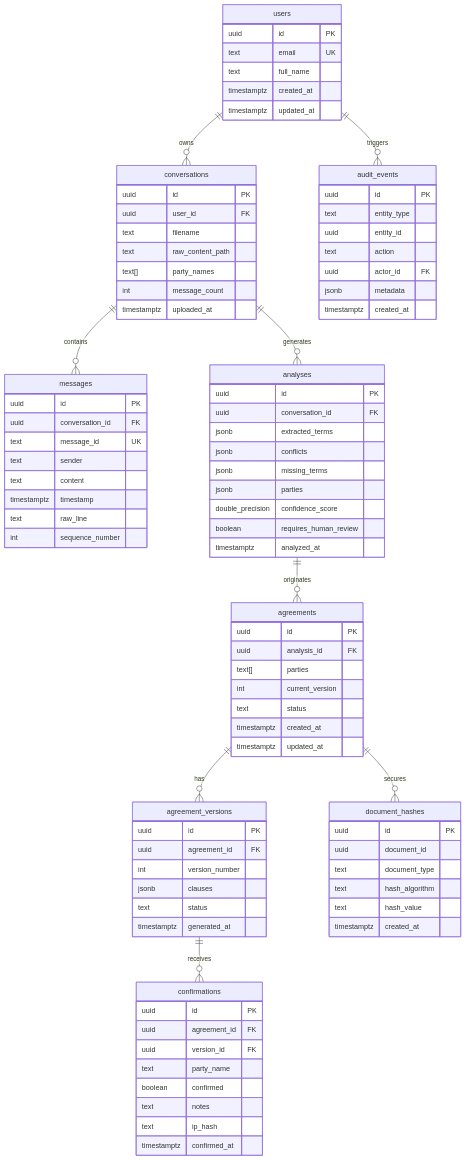
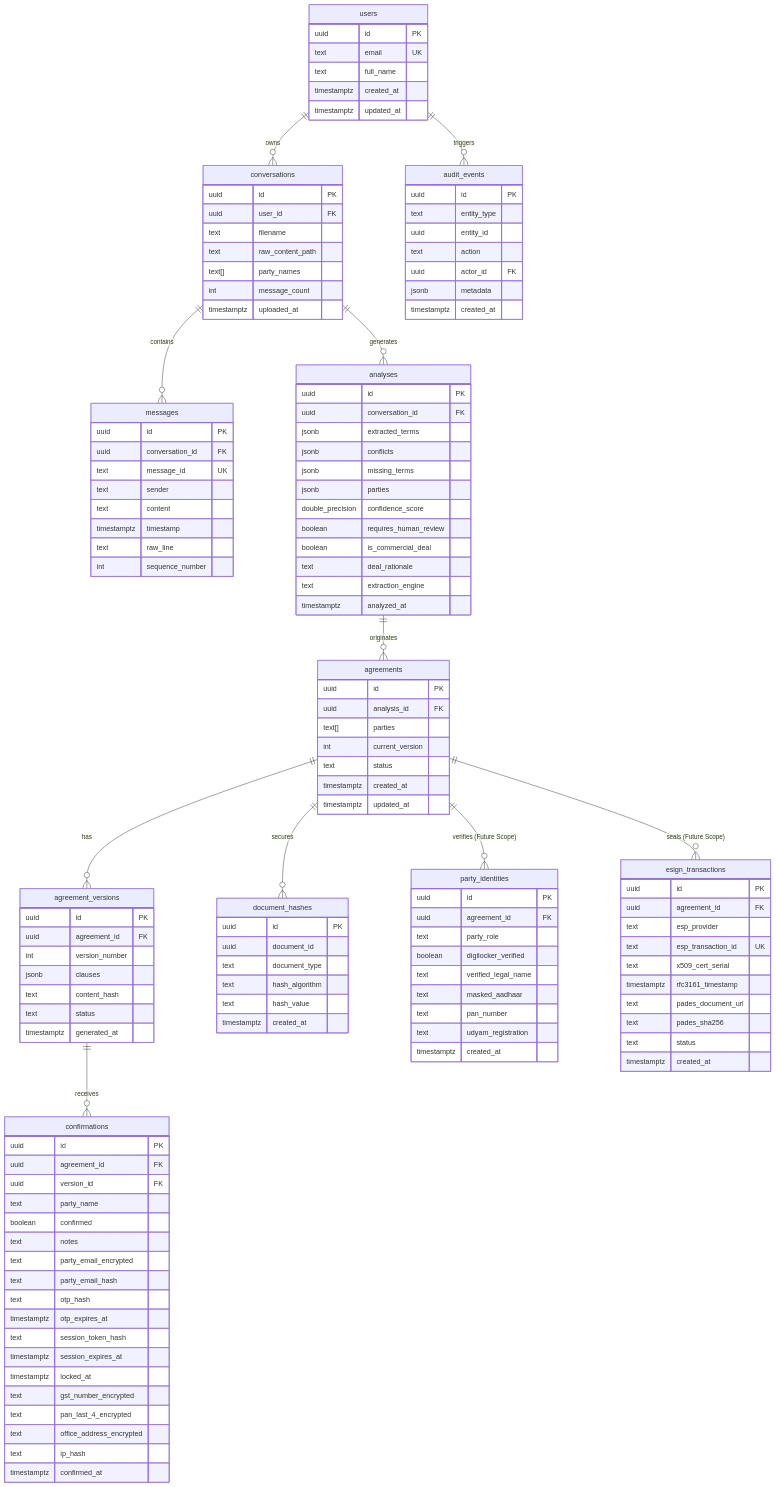
Before and after one commit to kiranshetty1315/dealshield: the diagram in docs/database-design.md, drawn with Mermaid. The commit also changed other lines of this file and 15 other files, not shown here.

````diff
--- a/docs/database-design.md
+++ b/docs/database-design.md
@@ -16,6 +21,8 @@
     agreement_versions ||--o{ confirmations : "receives"
     users ||--o{ audit_events : "triggers"
     agreements ||--o{ document_hashes : "secures"
+    agreements ||--o{ party_identities : "verifies (Future Scope)"
+    agreements ||--o{ esign_transactions : "seals (Future Scope)"
 
     users {
         uuid id PK
@@ -55,6 +62,9 @@
         jsonb parties
         double_precision confidence_score
         boolean requires_human_review
+        boolean is_commercial_deal
+        text deal_rationale
+        text extraction_engine
         timestamptz analyzed_at
     }
 
@@ -73,6 +83,7 @@
         uuid agreement_id FK
         int version_number
         jsonb clauses
+        text content_hash
         text status
         timestamptz generated_at
     }
@@ -84,6 +95,16 @@
         text party_name
         boolean confirmed
         text notes
+        text party_email_encrypted
+        text party_email_hash
+        text otp_hash
+        timestamptz otp_expires_at
+        text session_token_hash
+        timestamptz session_expires_at
+        timestamptz locked_at
+        text gst_number_encrypted
+        text pan_last_4_encrypted
+        text office_address_encrypted
         text ip_hash
         timestamptz confirmed_at
     }
@@ -106,4 +127,29 @@
         text hash_value
         timestamptz created_at
     }
+
+    party_identities {
+        uuid id PK
+        uuid agreement_id FK
+        text party_role
+        boolean digilocker_verified
+        text verified_legal_name
+        text masked_aadhaar
+        text pan_number
+        text udyam_registration
+        timestamptz created_at
+    }
+
+    esign_transactions {
+        uuid id PK
+        uuid agreement_id FK
+        text esp_provider
+        text esp_transaction_id UK
+        text x509_cert_serial
+        timestamptz rfc3161_timestamp
+        text pades_document_url
+        text pades_sha256
+        text status
+        timestamptz created_at
+    }
 ```
````
